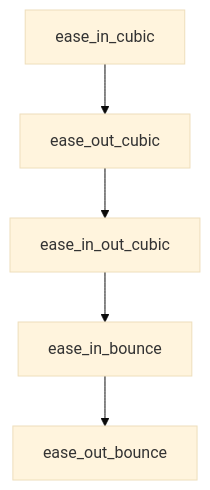
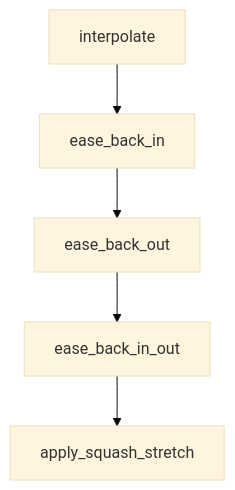
One commit to johnxie/awesome-code-docs changed the diagram in tutorials/awesome-claude-skills-tutorial/07-risk-management-and-skill-selection-rubric.md. Above: the diagram before and after it, drawn with Mermaid (base theme). The commit also changed other lines of this file and 1232 other files, not shown here.

````diff
--- a/tutorials/awesome-claude-skills-tutorial/07-risk-management-and-skill-selection-rubric.md
+++ b/tutorials/awesome-claude-skills-tutorial/07-risk-management-and-skill-selection-rubric.md
@@ -214,12 +212,12 @@
 ```mermaid
 flowchart TD
-    A[ease_in_cubic]
-    B[ease_out_cubic]
-    C[ease_in_out_cubic]
-    D[ease_in_bounce]
-    E[ease_out_bounce]
+    A[interpolate]
+    B[ease_back_in]
+    C[ease_back_out]
+    D[ease_back_in_out]
+    E[apply_squash_stretch]
     A --> B
     B --> C
     C --> D
     D --> E
 ```
````
